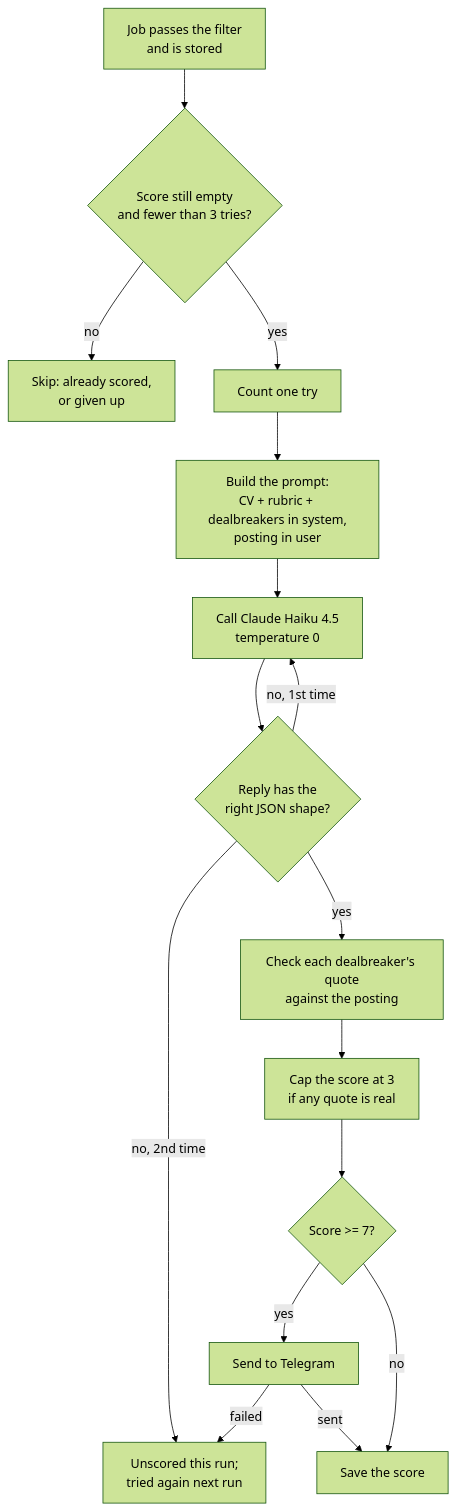
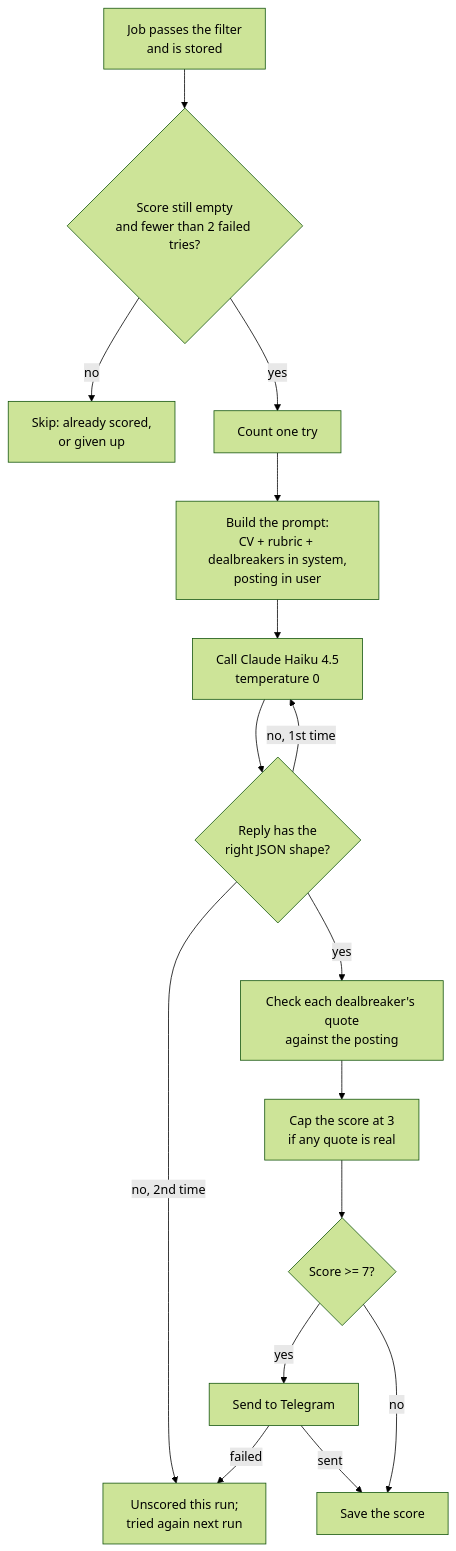
The diagram in docs/scoring.md (Pavlana/getjo), drawn with Mermaid (forest theme) before and after one commit. The commit also changed other lines of this file and 2 other files, not shown here.

First line of the commit message:
radar: give up on a failing job after 2 runs (one retry), not 3

````diff
--- a/docs/scoring.md
+++ b/docs/scoring.md
@@ -7,18 +7,18 @@
 ```mermaid
 flowchart TD
-  A[Job passes the filter<br>and is stored] --> B{Score still empty<br>and fewer than 3 tries?}
+  A[Job passes the filter<br>and is stored] --> B{Score still empty<br>and fewer than 2 failed tries?}
   B -- no --> Z[Skip: already scored,<br>or given up]
   B -- yes --> C[Count one try]
   C --> D[Build the prompt:<br>CV + rubric + dealbreakers in system,<br>posting in user]
   D --> E[Call Claude Haiku 4.5<br>temperature 0]
   E --> F{Reply has the<br>right JSON shape?}
   F -- no, 1st time --> E
   F -- no, 2nd time --> X[Unscored this run;<br>tried again next run]
   F -- yes --> G[Check each dealbreaker's quote<br>against the posting]
   G --> H[Cap the score at 3<br>if any quote is real]
   H --> I{Score >= 7?}
   I -- yes --> J[Send to Telegram]
   J -- sent --> K[Save the score]
   J -- failed --> X
   I -- no --> K
 ```
````
